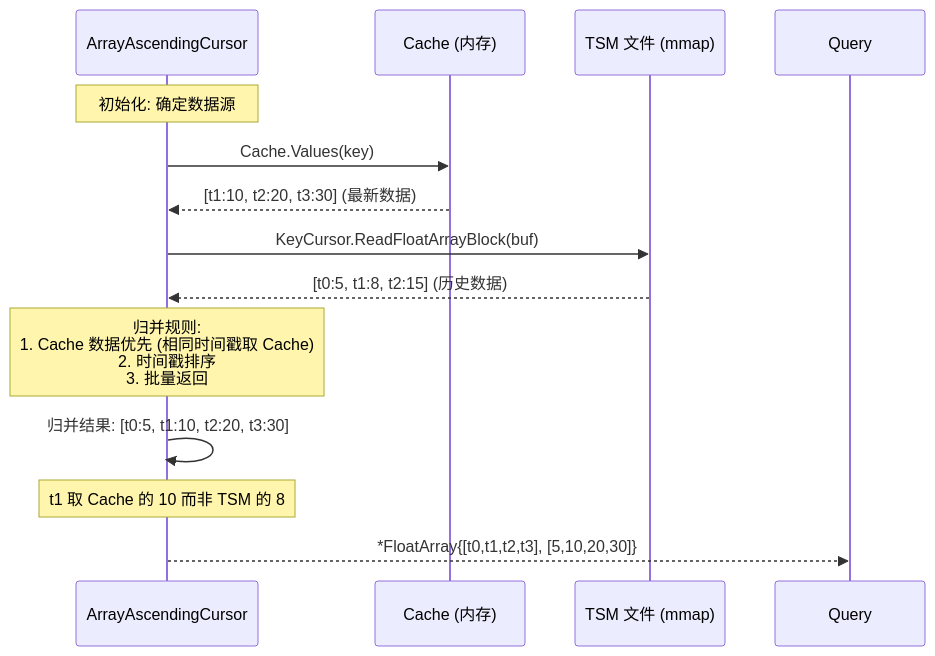
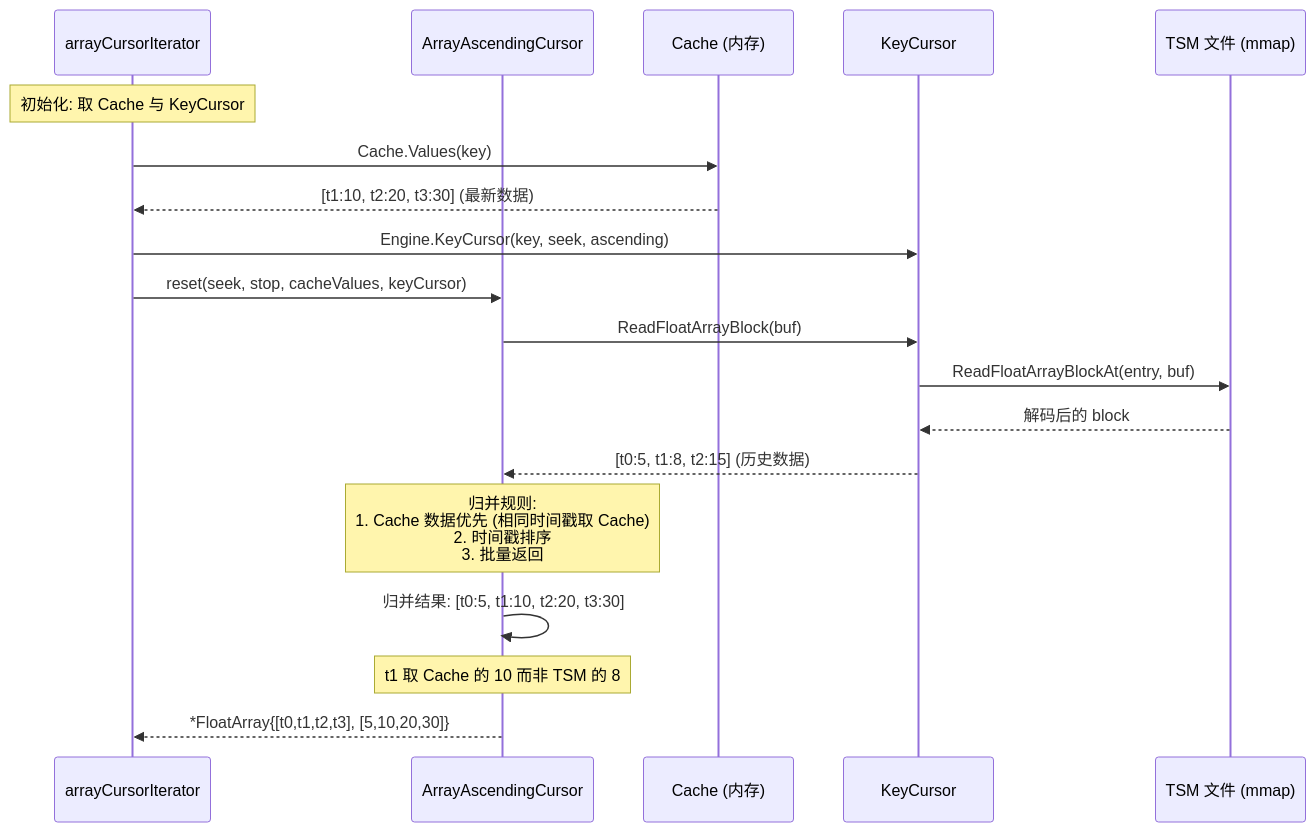
Before and after one commit to stefanv5/influxdb: the fifth of 7 diagrams in docs/specs/08_array_cursor_spec.md, drawn with Mermaid. The commit also changed other lines of this file and 16 other files, not shown here.

First line of the commit message:
docs: correct and deepen the 17 architecture specs

````diff
--- a/docs/specs/08_array_cursor_spec.md
+++ b/docs/specs/08_array_cursor_spec.md
@@ -984,21 +1105,27 @@
 ```mermaid
 sequenceDiagram
+    participant Builder as arrayCursorIterator
     participant Cursor as ArrayAscendingCursor
     participant Cache as Cache (内存)
+    participant KC as KeyCursor
     participant TSM as TSM 文件 (mmap)
 
-    Note over Cursor: 初始化: 确定数据源
+    Note over Builder: 初始化: 取 Cache 与 KeyCursor
 
-    Cursor->>Cache: Cache.Values(key)
-    Cache-->>Cursor: [t1:10, t2:20, t3:30] (最新数据)
+    Builder->>Cache: Cache.Values(key)
+    Cache-->>Builder: [t1:10, t2:20, t3:30] (最新数据)
+    Builder->>KC: Engine.KeyCursor(key, seek, ascending)
+    Builder->>Cursor: reset(seek, stop, cacheValues, keyCursor)
 
-    Cursor->>TSM: KeyCursor.ReadFloatArrayBlock(buf)
-    TSM-->>Cursor: [t0:5, t1:8, t2:15] (历史数据)
+    Cursor->>KC: ReadFloatArrayBlock(buf)
+    KC->>TSM: ReadFloatArrayBlockAt(entry, buf)
+    TSM-->>KC: 解码后的 block
+    KC-->>Cursor: [t0:5, t1:8, t2:15] (历史数据)
 
     Note over Cursor: 归并规则:<br>1. Cache 数据优先 (相同时间戳取 Cache)<br>2. 时间戳排序<br>3. 批量返回
 
     Cursor->>Cursor: 归并结果: [t0:5, t1:10, t2:20, t3:30]
     Note over Cursor: t1 取 Cache 的 10 而非 TSM 的 8
 
-    Cursor-->>Query: *FloatArray{[t0,t1,t2,t3], [5,10,20,30]}
+    Cursor-->>Builder: *FloatArray{[t0,t1,t2,t3], [5,10,20,30]}
 ```
````
